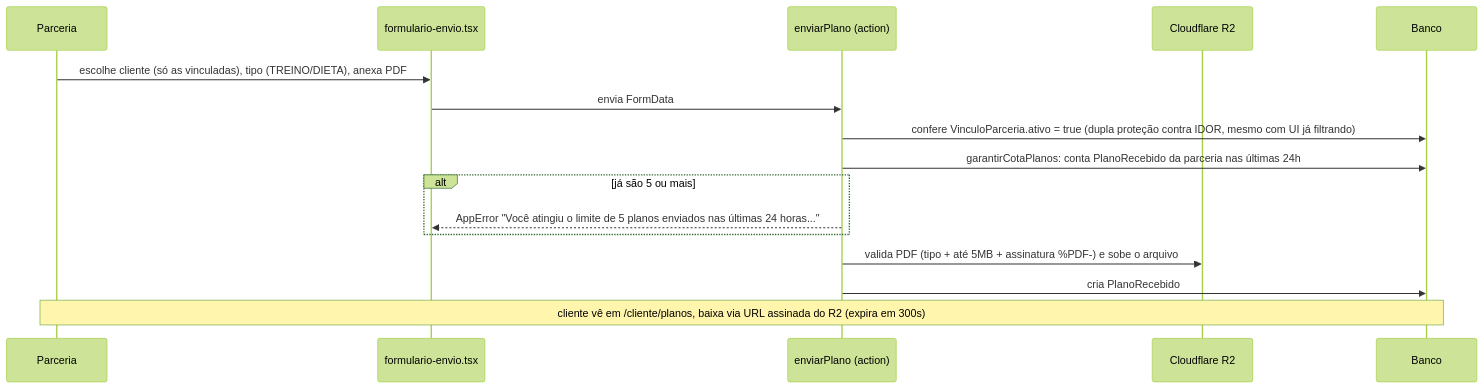
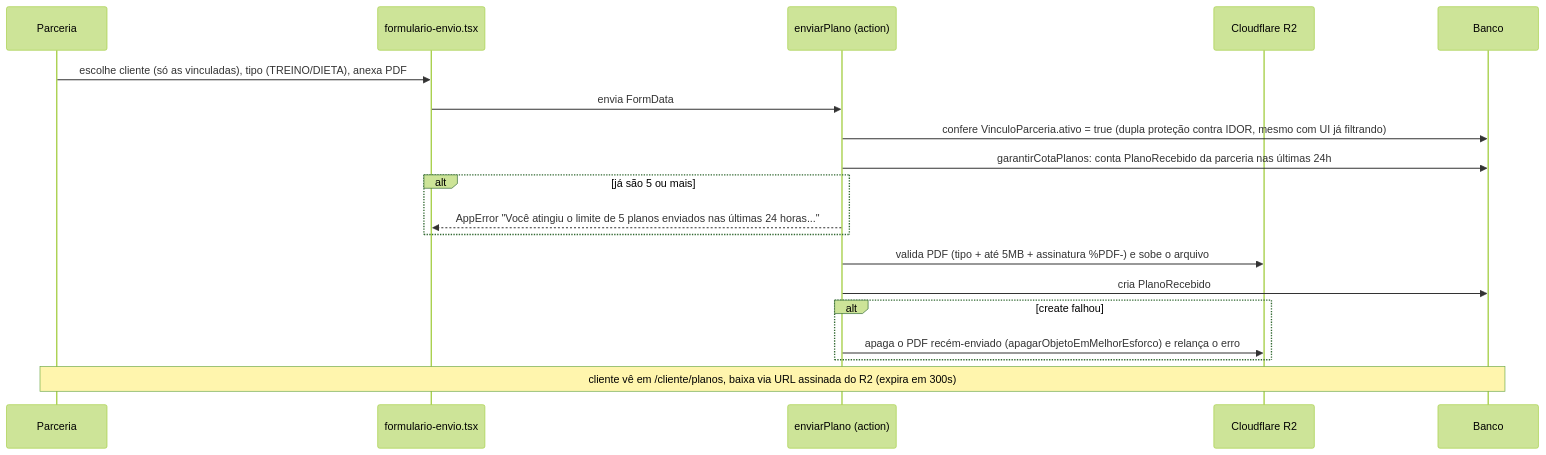
Before and after one commit to Willsmt/comunidade-belle-et-belle: the second of 2 diagrams in docs/features/parcerias.md, drawn with Mermaid (forest theme). The commit also changed other lines of this file and 7 other files, not shown here.

````diff
--- a/docs/features/parcerias.md
+++ b/docs/features/parcerias.md
@@ -53,19 +53,22 @@
 ```mermaid
 sequenceDiagram
     participant Pa as Parceria
     participant F as formulario-envio.tsx
     participant A as enviarPlano (action)
     participant R2 as Cloudflare R2
     participant DB as Banco
 
     Pa->>F: escolhe cliente (só as vinculadas), tipo (TREINO/DIETA), anexa PDF
     F->>A: envia FormData
     A->>DB: confere VinculoParceria.ativo = true (dupla proteção contra IDOR, mesmo com UI já filtrando)
     A->>DB: garantirCotaPlanos: conta PlanoRecebido da parceria nas últimas 24h
     alt já são 5 ou mais
         A-->>F: AppError "Você atingiu o limite de 5 planos enviados nas últimas 24 horas..."
     end
     A->>R2: valida PDF (tipo + até 5MB + assinatura %PDF-) e sobe o arquivo
     A->>DB: cria PlanoRecebido
+    alt create falhou
+        A->>R2: apaga o PDF recém-enviado (apagarObjetoEmMelhorEsforco) e relança o erro
+    end
     Note over Pa,DB: cliente vê em /cliente/planos, baixa via URL assinada do R2 (expira em 300s)
 ```
````
